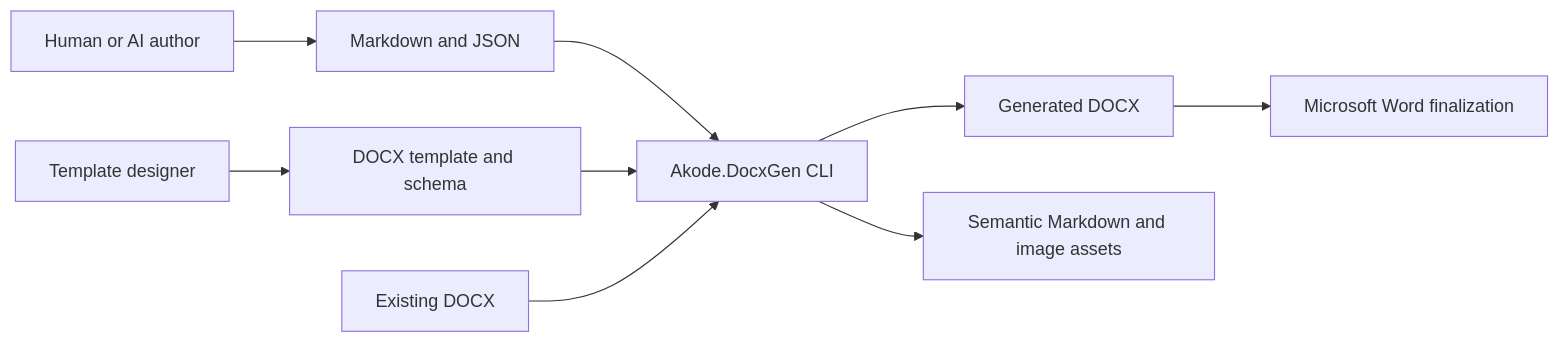
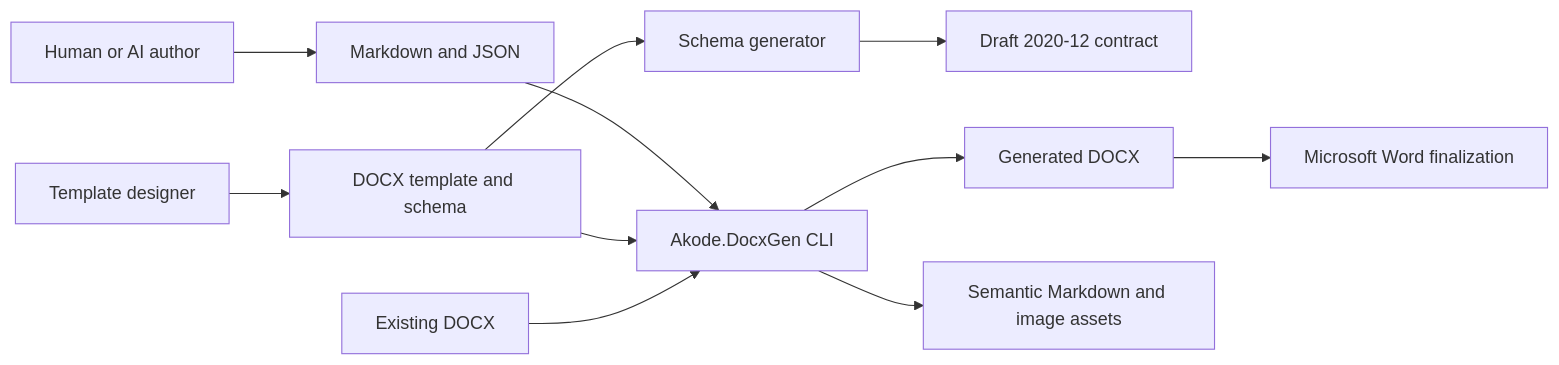
Before and after one commit to akode-dev/docxgen: the first of 5 diagrams in docs/architecture.md, drawn with Mermaid. The commit also changed other lines of this file and 32 other files, not shown here.

Commit message:
Add deterministic template schema generation

````diff
--- a/docs/architecture.md
+++ b/docs/architecture.md
@@ -5,11 +5,13 @@
 ```mermaid
 flowchart LR
     Author["Human or AI author"] --> MD["Markdown and JSON"]
     Designer["Template designer"] --> T["DOCX template and schema"]
+    T --> Generator["Schema generator"]
+    Generator --> Schema["Draft 2020-12 contract"]
     MD --> CLI["Akode.DocxGen CLI"]
     T --> CLI
     CLI --> O["Generated DOCX"]
     O --> Word["Microsoft Word finalization"]
     Existing["Existing DOCX"] --> CLI
     CLI --> Extracted["Semantic Markdown and image assets"]
 ```
````
